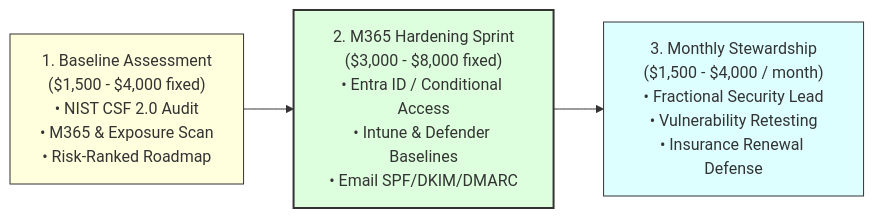
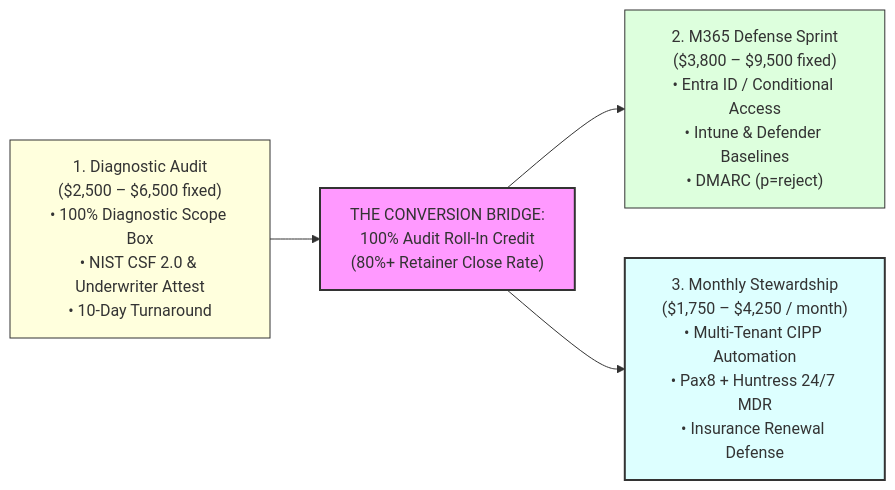
One commit to KeenanSec/MorrisonCyberDefense changed the third of 5 diagrams in business-plan/purdue_family_cybersecurity_business_plan.md. Above: the diagram before and after it, drawn with Mermaid. The commit also changed other lines of this file and 2 other files, not shown here.

First line of the commit message:
feat: overhaul business plan and sales playbook with peer founder audit recommendations

````diff
--- a/business-plan/purdue_family_cybersecurity_business_plan.md
+++ b/business-plan/purdue_family_cybersecurity_business_plan.md
@@ -177,9 +194,11 @@
 ```mermaid
 flowchart LR
-    P1["1. Baseline Assessment\n($1,500 - $4,000 fixed)\n• NIST CSF 2.0 Audit\n• M365 & Exposure Scan\n• Risk-Ranked Roadmap"] --> P2["2. M365 Hardening Sprint\n($3,000 - $8,000 fixed)\n• Entra ID / Conditional Access\n• Intune & Defender Baselines\n• Email SPF/DKIM/DMARC"]
-    P2 --> P3["3. Monthly Stewardship\n($1,500 - $4,000 / month)\n• Fractional Security Lead\n• Vulnerability Retesting\n• Insurance Renewal Defense"]
+    P1["1. Diagnostic Audit\n($2,500 – $6,500 fixed)\n• 100% Diagnostic Scope Box\n• NIST CSF 2.0 & Underwriter Attest\n• 10-Day Turnaround"] --> Bridge["THE CONVERSION BRIDGE:\n100% Audit Roll-In Credit\n(80%+ Retainer Close Rate)"]
+    Bridge --> P2["2. M365 Defense Sprint\n($3,800 – $9,500 fixed)\n• Entra ID / Conditional Access\n• Intune & Defender Baselines\n• DMARC (p=reject)"]
+    Bridge --> P3["3. Monthly Stewardship\n($1,750 – $4,250 / month)\n• Multi-Tenant CIPP Automation\n• Pax8 + Huntress 24/7 MDR\n• Insurance Renewal Defense"]
     
     style P1 fill:#ffd,stroke:#333,stroke-width:1px
-    style P2 fill:#dfd,stroke:#333,stroke-width:2px
-    style P3 fill:#dff,stroke:#333,stroke-width:1px
+    style Bridge fill:#f9f,stroke:#333,stroke-width:2px
+    style P2 fill:#dfd,stroke:#333,stroke-width:1px
+    style P3 fill:#dff,stroke:#333,stroke-width:2px
 ```
````
